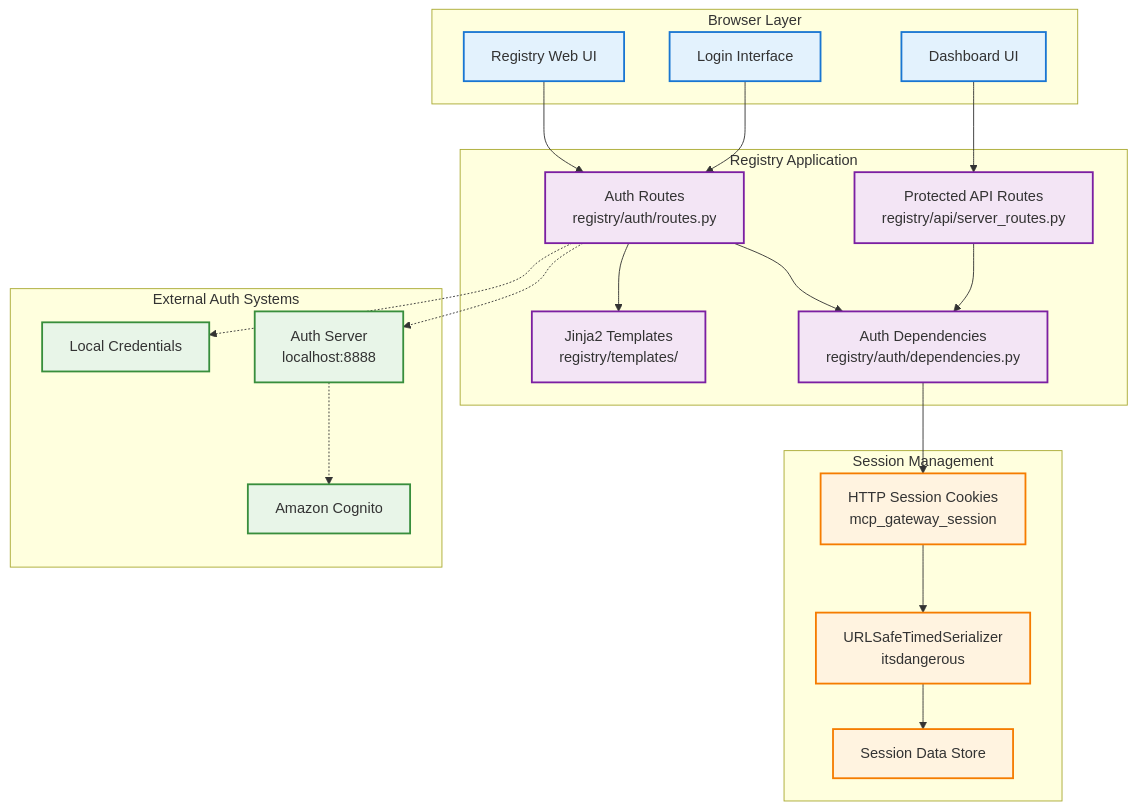
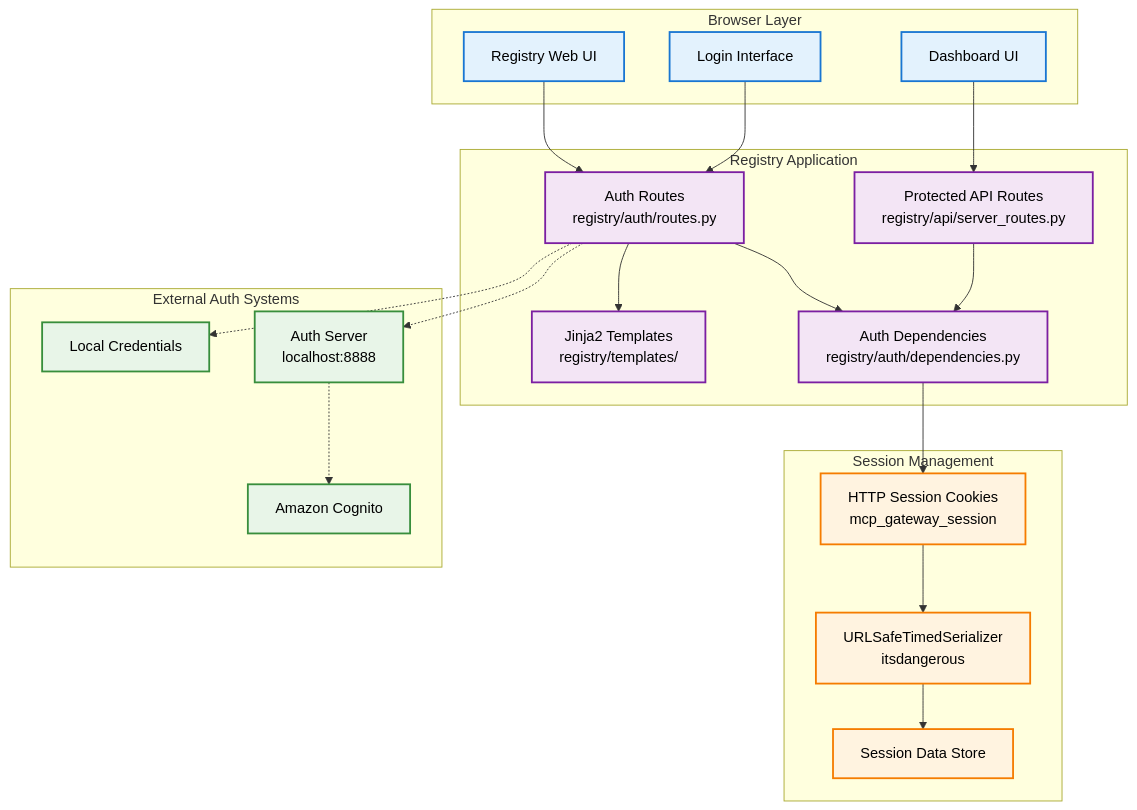
The first of 12 diagrams in docs/registry-auth-detailed.md (jrmatherly/mcp-registry-gateway), drawn with Mermaid before and after one commit. The commit also changed other lines of this file and 3 other files, not shown here.

First line of the commit message:
``` docs: add explicit black text color to all Mermaid diagram styles for dark mode compatibility

````diff
--- a/docs/registry-auth-detailed.md
+++ b/docs/registry-auth-detailed.md
@@ -41,51 +41,51 @@
 ```mermaid
 graph TB
     subgraph "Browser Layer"
         UI[Registry Web UI]
         LoginForm[Login Interface]
         Dashboard[Dashboard UI]
     end
 
     subgraph "Registry Application"
         AuthRoutes[Auth Routes<br/>registry/auth/routes.py]
         AuthDeps[Auth Dependencies<br/>registry/auth/dependencies.py]
         ServerRoutes[Protected API Routes<br/>registry/api/server_routes.py]
         Templates[Jinja2 Templates<br/>registry/templates/]
     end
 
     subgraph "Session Management"
         Cookies[HTTP Session Cookies<br/>mcp_gateway_session]
         SessionSigner[URLSafeTimedSerializer<br/>itsdangerous]
         SessionStore[Session Data Store]
     end
 
     subgraph "External Auth Systems"
         AuthServer[Auth Server<br/>localhost:8888]
         Cognito[Amazon Cognito]
         LocalAuth[Local Credentials]
     end
 
     UI --> AuthRoutes
     LoginForm --> AuthRoutes
     Dashboard --> ServerRoutes
     AuthRoutes --> AuthDeps
     ServerRoutes --> AuthDeps
     AuthRoutes --> Templates
     AuthDeps --> Cookies
     Cookies --> SessionSigner
     SessionSigner --> SessionStore
 
     AuthRoutes -.-> AuthServer
     AuthServer -.-> Cognito
     AuthRoutes -.-> LocalAuth
 
-    classDef browser fill:#e3f2fd,stroke:#1976d2,stroke-width:2px
-    classDef registry fill:#f3e5f5,stroke:#7b1fa2,stroke-width:2px
-    classDef session fill:#fff3e0,stroke:#f57c00,stroke-width:2px
-    classDef external fill:#e8f5e8,stroke:#388e3c,stroke-width:2px
+    classDef browser fill:#e3f2fd,stroke:#1976d2,stroke-width:2px,color:#000
+    classDef registry fill:#f3e5f5,stroke:#7b1fa2,stroke-width:2px,color:#000
+    classDef session fill:#fff3e0,stroke:#f57c00,stroke-width:2px,color:#000
+    classDef external fill:#e8f5e8,stroke:#388e3c,stroke-width:2px,color:#000
 
     class UI,LoginForm,Dashboard browser
     class AuthRoutes,AuthDeps,ServerRoutes,Templates registry
     class Cookies,SessionSigner,SessionStore session
     class AuthServer,Cognito,LocalAuth external
 ```
````
